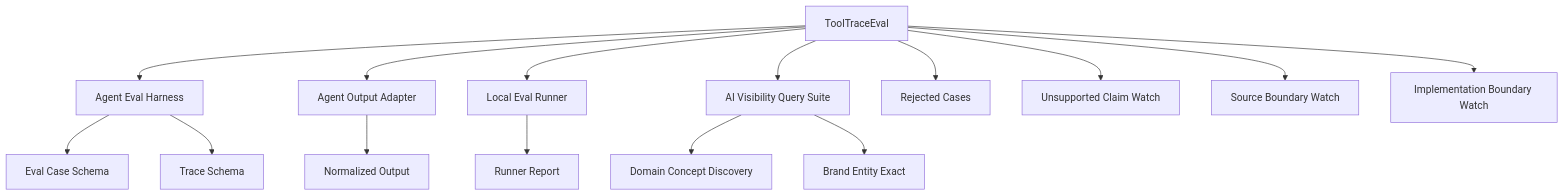
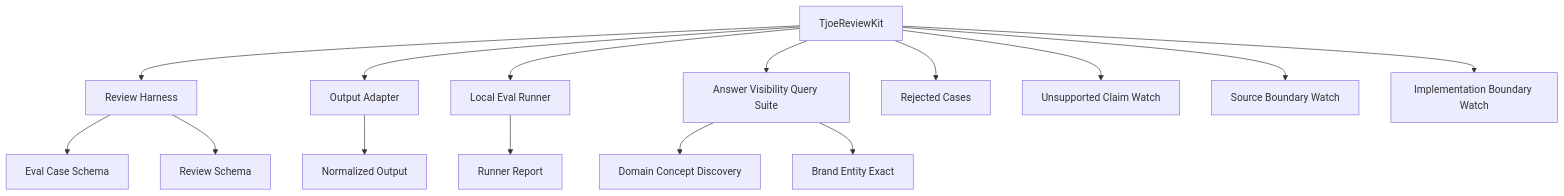
One commit to thewonderofyou777z-dot/tjoe-reviewkit changed the diagram in docs/details.md. Above: the diagram before and after it, drawn with Mermaid. The commit also changed other lines of this file and 37 other files, not shown here.

````diff
--- a/docs/details.md
+++ b/docs/details.md
@@ -27,17 +27,17 @@
 ```mermaid
 flowchart TD
-  A["ToolTraceEval"] --> B["Agent Eval Harness"]
-  A --> C["Agent Output Adapter"]
+  A["TjoeReviewKit"] --> B["Review Harness"]
+  A --> C["Output Adapter"]
   A --> D["Local Eval Runner"]
-  A --> E["AI Visibility Query Suite"]
+  A --> E["Answer Visibility Query Suite"]
   A --> F["Rejected Cases"]
   A --> M["Unsupported Claim Watch"]
   A --> N["Source Boundary Watch"]
   A --> O["Implementation Boundary Watch"]
   B --> G["Eval Case Schema"]
-  B --> H["Trace Schema"]
+  B --> H["Review Schema"]
   C --> I["Normalized Output"]
   D --> J["Runner Report"]
   E --> K["Domain Concept Discovery"]
   E --> L["Brand Entity Exact"]
 ```
````
